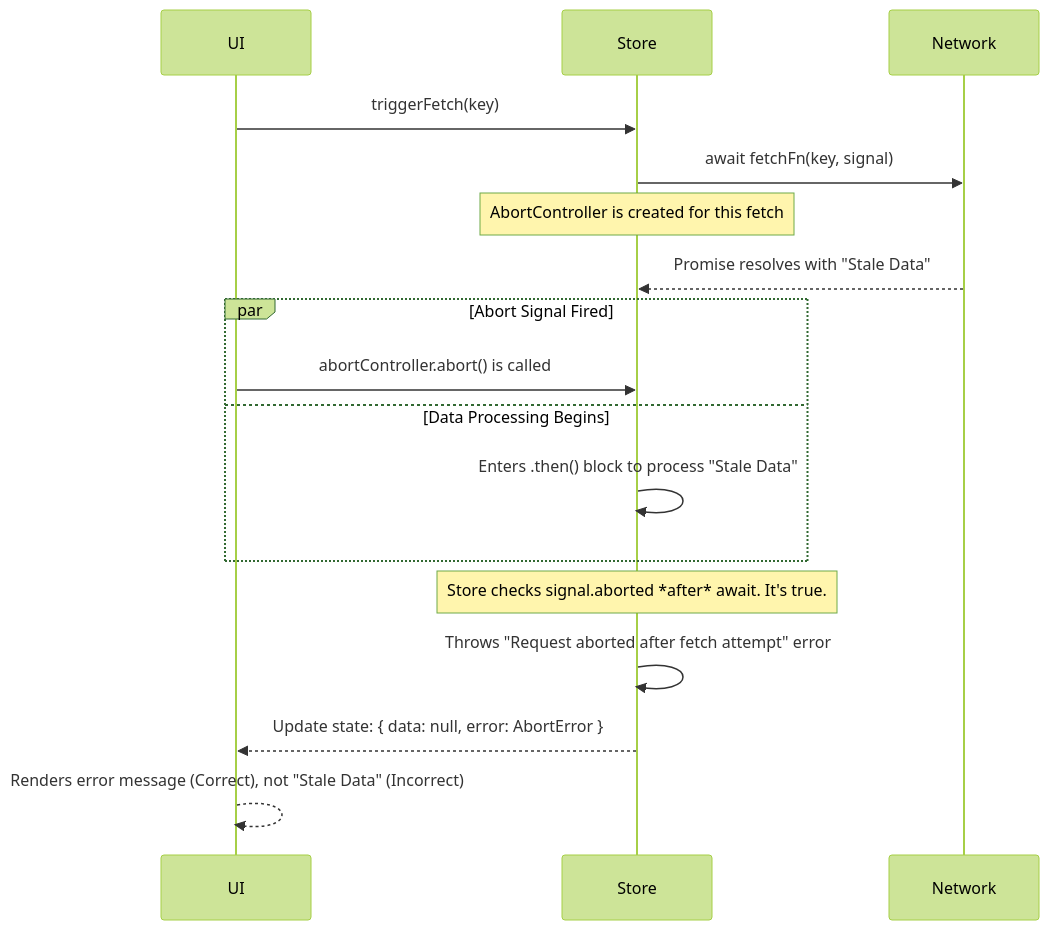
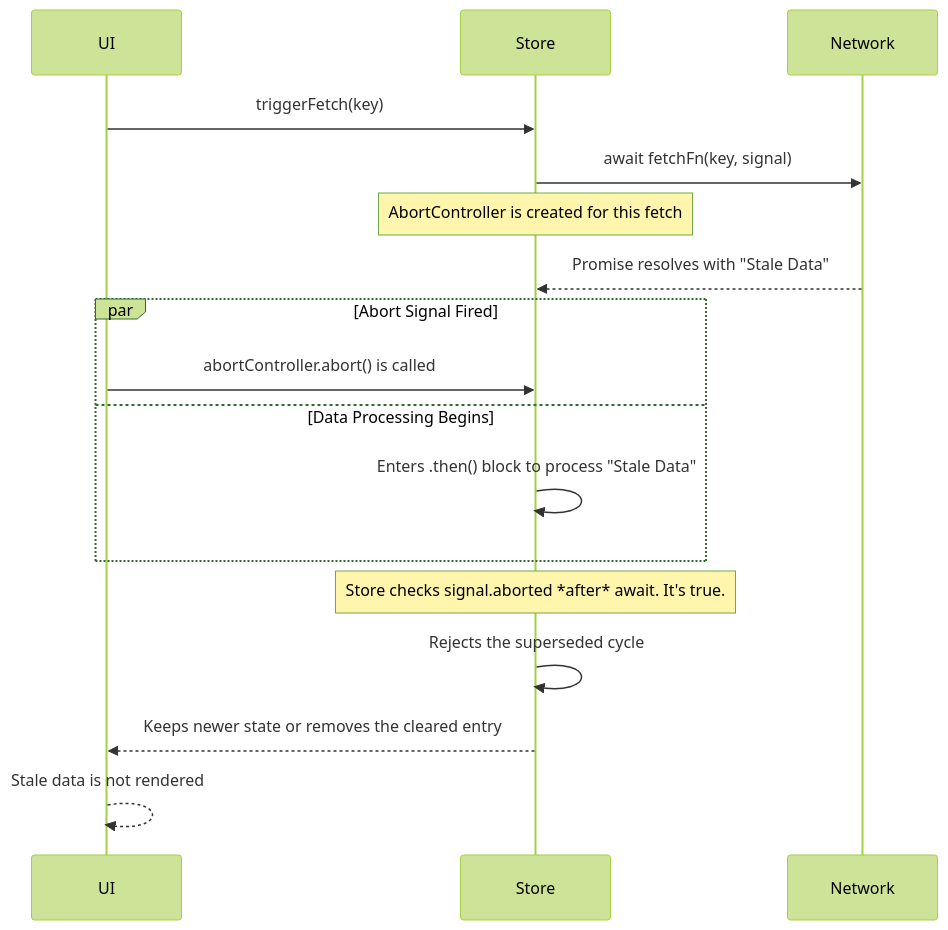
One commit to travelr/factora changed the third of 4 diagrams in docs/api-store-factory.tests.md. Above: the diagram before and after it, drawn with Mermaid (forest theme). The commit also changed other lines of this file and 37 other files, not shown here.

````diff
--- a/docs/api-store-factory.tests.md
+++ b/docs/api-store-factory.tests.md
@@ -220,24 +221,24 @@
 ```mermaid
 sequenceDiagram
     participant UI
     participant Store
     participant Network
 
     UI->>Store: triggerFetch(key)
     Store->>Network: await fetchFn(key, signal)
     Note over Store: AbortController is created for this fetch
 
     Network-->>Store: Promise resolves with "Stale Data"
 
     par Abort Signal Fired
         UI->>Store: abortController.abort() is called
     and Data Processing Begins
         Store->>Store: Enters .then() block to process "Stale Data"
     end
 
     Note over Store: Store checks signal.aborted *after* await. It's true.
-    Store->>Store: Throws "Request aborted after fetch attempt" error
-    Store-->>UI: Update state: { data: null, error: AbortError }
-    UI-->>UI: Renders error message (Correct), not "Stale Data" (Incorrect)
+    Store->>Store: Rejects the superseded cycle
+    Store-->>UI: Keeps newer state or removes the cleared entry
+    UI-->>UI: Stale data is not rendered
 
 ```
````
